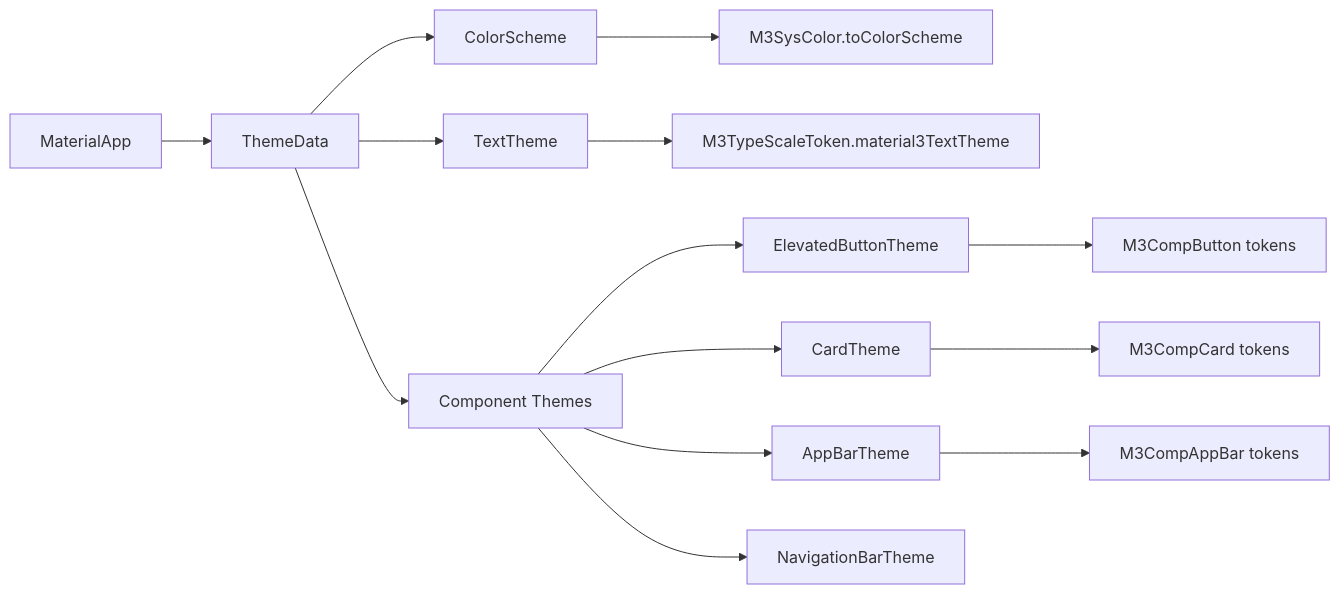
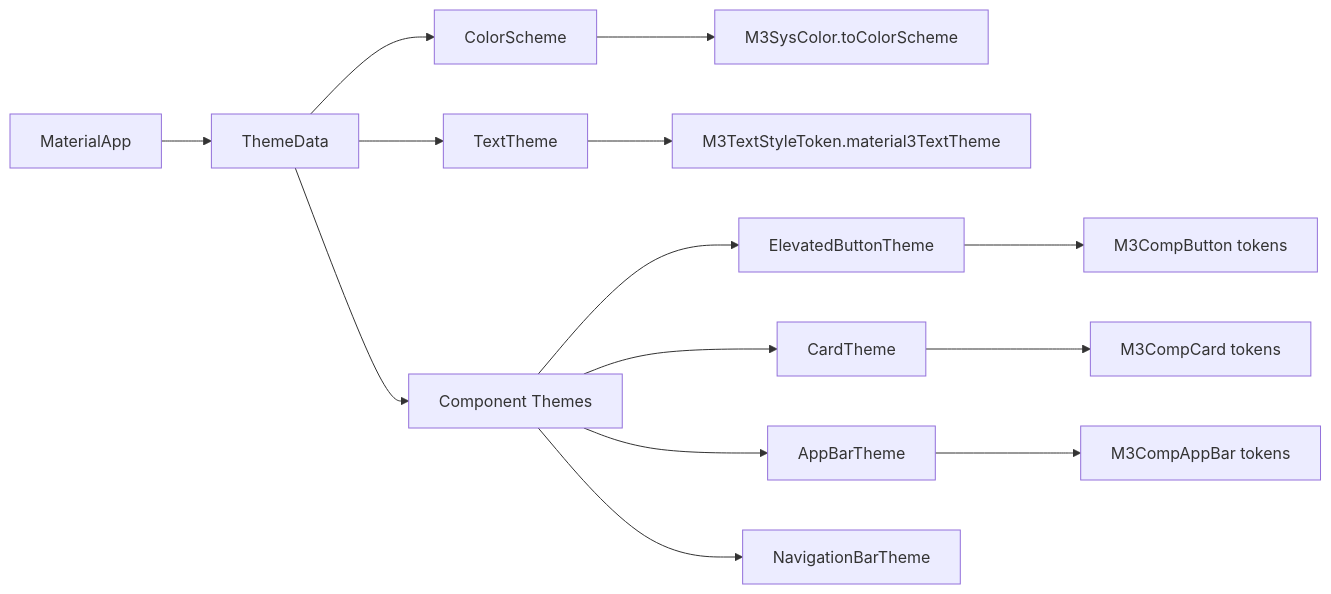
One commit to fluttely/material_design changed the eighth of 11 diagrams in documentation/material_design/en_US/maps/Component Map.md. Above: the diagram before and after it, drawn with Mermaid. The commit also changed other lines of this file and 22 other files, not shown here.

````diff
--- a/documentation/material_design/en_US/maps/Component Map.md
+++ b/documentation/material_design/en_US/maps/Component Map.md
@@ -263,19 +263,19 @@
 ```mermaid
 graph LR
     A[MaterialApp] --> B[ThemeData]
     B --> C[ColorScheme]
     B --> D[TextTheme]
     B --> E[Component Themes]
 
     C --> C1[M3SysColor.toColorScheme]
-    D --> D1[M3TypeScaleToken.material3TextTheme]
+    D --> D1[M3TextStyleToken.material3TextTheme]
 
     E --> E1[ElevatedButtonTheme]
     E --> E2[CardTheme]
     E --> E3[AppBarTheme]
     E --> E4[NavigationBarTheme]
 
     E1 --> F1[M3CompButton tokens]
     E2 --> F2[M3CompCard tokens]
     E3 --> F3[M3CompAppBar tokens]
 ```
````
